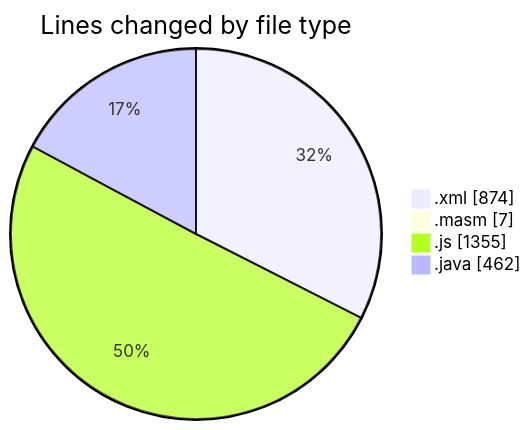
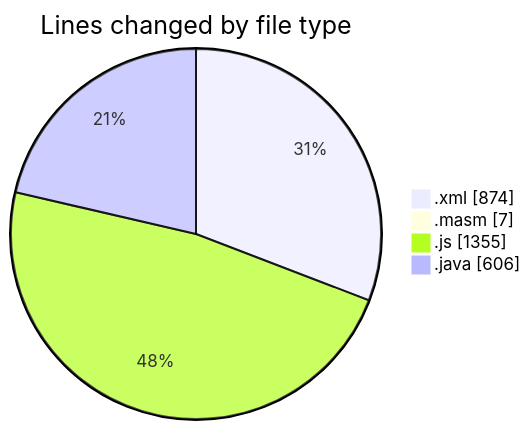
The first of 2 diagrams in 2025-03-11/jmasm/README.md (charlie-sans/code-tracking), drawn with Mermaid before and after one commit. The commit also changed other lines of this file and 1 other file, not shown here.

````diff
--- a/2025-03-11/jmasm/README.md
+++ b/2025-03-11/jmasm/README.md
@@ -24,8 +26,8 @@
 ```mermaid
 pie showData
 title Lines changed by file type
 ".xml" : 874
 ".masm" : 7
 ".js" : 1355
-".java" : 462
+".java" : 606
 ```
````
